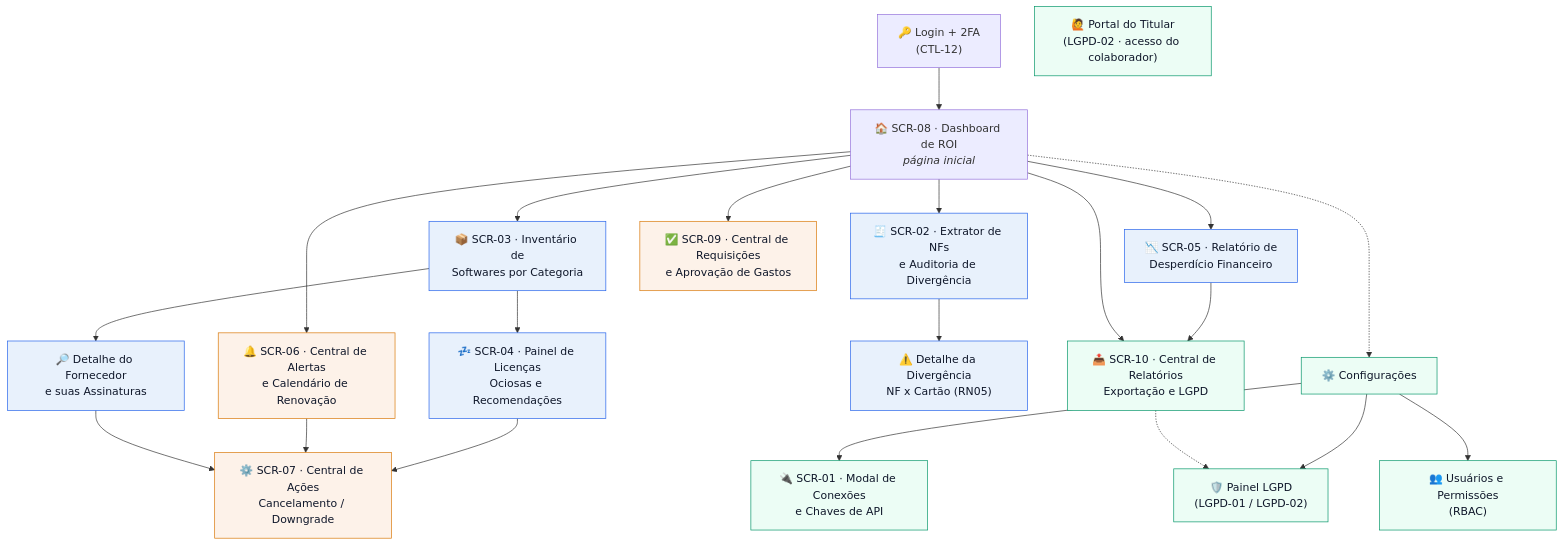
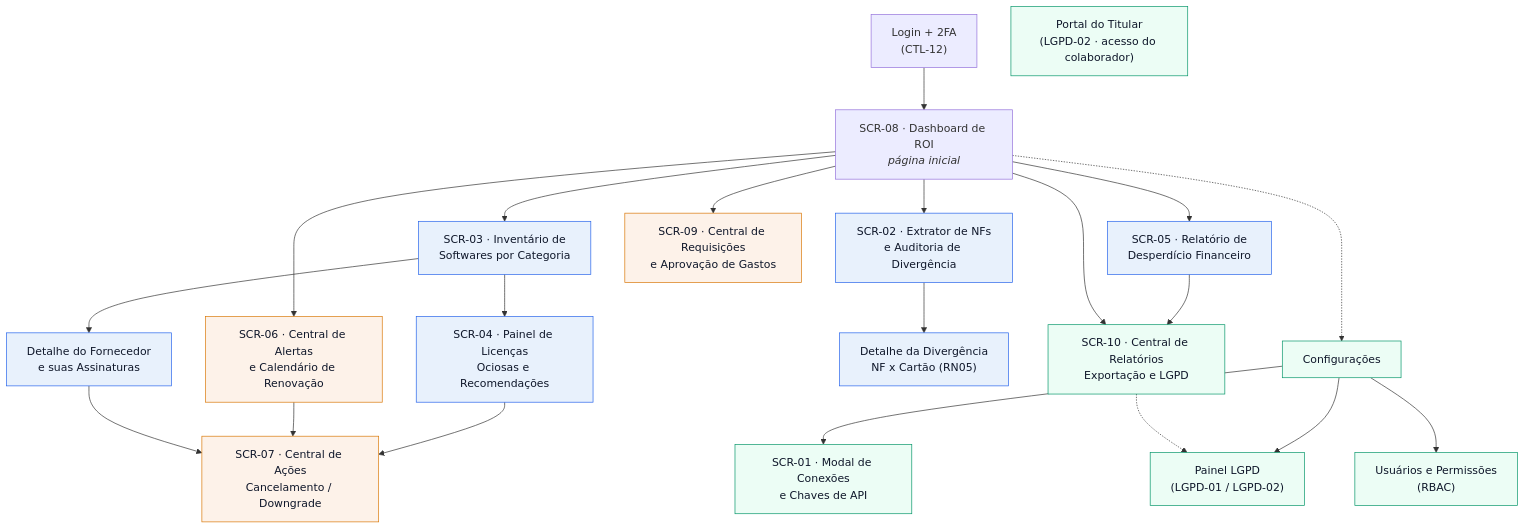
The diagram in semana-01/entregavel-02-arquitetura-informacao-mapa-navegacao.md (ES-2026-2/PS), drawn with Mermaid before and after one commit. The commit also changed other lines of this file and 24 other files, not shown here.

````diff
--- a/semana-01/entregavel-02-arquitetura-informacao-mapa-navegacao.md
+++ b/semana-01/entregavel-02-arquitetura-informacao-mapa-navegacao.md
@@ -81,40 +81,40 @@
 ```mermaid
 graph TD
-    LOGIN["🔑 Login + 2FA<br/>(CTL-12)"] --> HOME
+    LOGIN["Login + 2FA<br/>(CTL-12)"] --> HOME
 
-    HOME["🏠 SCR-08 · Dashboard de ROI<br/><i>página inicial</i>"]
+    HOME["SCR-08 · Dashboard de ROI<br/><i>página inicial</i>"]
 
-    HOME --> DESP["📉 SCR-05 · Relatório de<br/>Desperdício Financeiro"]
-    HOME --> INV["📦 SCR-03 · Inventário de<br/>Softwares por Categoria"]
-    HOME --> ALERT["🔔 SCR-06 · Central de Alertas<br/>e Calendário de Renovação"]
-    HOME --> APROV["✅ SCR-09 · Central de Requisições<br/>e Aprovação de Gastos"]
+    HOME --> DESP["SCR-05 · Relatório de<br/>Desperdício Financeiro"]
+    HOME --> INV["SCR-03 · Inventário de<br/>Softwares por Categoria"]
+    HOME --> ALERT["SCR-06 · Central de Alertas<br/>e Calendário de Renovação"]
+    HOME --> APROV["SCR-09 · Central de Requisições<br/>e Aprovação de Gastos"]
 
-    INV --> OCIO["💤 SCR-04 · Painel de Licenças<br/>Ociosas e Recomendações"]
-    INV --> DETSW["🔎 Detalhe do Fornecedor<br/>e suas Assinaturas"]
+    INV --> OCIO["SCR-04 · Painel de Licenças<br/>Ociosas e Recomendações"]
+    INV --> DETSW["Detalhe do Fornecedor<br/>e suas Assinaturas"]
 
-    OCIO --> ACAO["⚙️ SCR-07 · Central de Ações<br/>Cancelamento / Downgrade"]
+    OCIO --> ACAO["SCR-07 · Central de Ações<br/>Cancelamento / Downgrade"]
     ALERT --> ACAO
     DETSW --> ACAO
 
-    HOME --> FAT["🧾 SCR-02 · Extrator de NFs<br/>e Auditoria de Divergência"]
-    FAT --> DIV["⚠️ Detalhe da Divergência<br/>NF x Cartão (RN05)"]
+    HOME --> FAT["SCR-02 · Extrator de NFs<br/>e Auditoria de Divergência"]
+    FAT --> DIV["Detalhe da Divergência<br/>NF x Cartão (RN05)"]
 
-    DESP --> REL["📤 SCR-10 · Central de Relatórios<br/>Exportação e LGPD"]
+    DESP --> REL["SCR-10 · Central de Relatórios<br/>Exportação e LGPD"]
     HOME --> REL
 
-    CONF["⚙️ Configurações"] --> CONEX["🔌 SCR-01 · Modal de Conexões<br/>e Chaves de API"]
-    CONF --> USERS["👥 Usuários e Permissões<br/>(RBAC)"]
-    CONF --> LGPD["🛡️ Painel LGPD<br/>(LGPD-01 / LGPD-02)"]
+    CONF["Configurações"] --> CONEX["SCR-01 · Modal de Conexões<br/>e Chaves de API"]
+    CONF --> USERS["Usuários e Permissões<br/>(RBAC)"]
+    CONF --> LGPD["Painel LGPD<br/>(LGPD-01 / LGPD-02)"]
 
     HOME -.-> CONF
     REL -.-> LGPD
 
-    PORTAL["🙋 Portal do Titular<br/>(LGPD-02 · acesso do colaborador)"]
+    PORTAL["Portal do Titular<br/>(LGPD-02 · acesso do colaborador)"]
 
     classDef blocoA fill:#E8F1FC,stroke:#2563EB,color:#0F172A
     classDef blocoB fill:#FDF2E9,stroke:#D97706,color:#0F172A
     classDef gov fill:#ECFDF5,stroke:#059669,color:#0F172A
     class DESP,INV,OCIO,DETSW,FAT,DIV blocoA
     class ALERT,APROV,ACAO blocoB
     class REL,CONF,CONEX,USERS,LGPD,PORTAL gov
 ```
````
